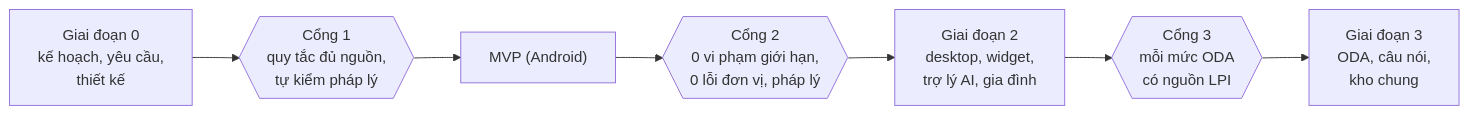
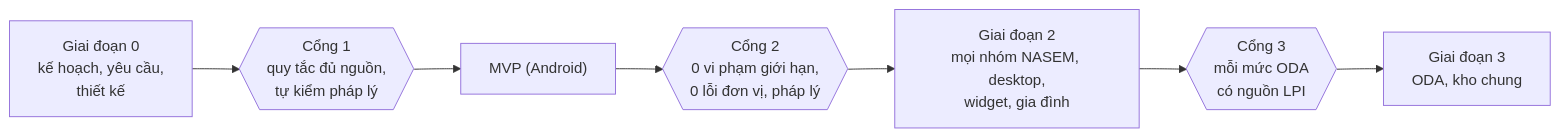
One commit to anhdt9/wholewell-app changed the first of 2 diagrams in docs/plan.md. Above: the diagram before and after it, drawn with Mermaid. The commit also changed other lines of this file and 6 other files, not shown here.

````diff
--- a/docs/plan.md
+++ b/docs/plan.md
@@ -45,9 +46,9 @@
 ```mermaid
 flowchart LR
   G0["Giai đoạn 0<br/>kế hoạch, yêu cầu,<br/>thiết kế"] --> C1{{"Cổng 1<br/>quy tắc đủ nguồn,<br/>tự kiểm pháp lý"}}
   C1 --> MVP["MVP (Android)"]
   MVP --> C2{{"Cổng 2<br/>0 vi phạm giới hạn,<br/>0 lỗi đơn vị, pháp lý"}}
-  C2 --> G2["Giai đoạn 2<br/>desktop, widget,<br/>trợ lý AI, gia đình"]
+  C2 --> G2["Giai đoạn 2<br/>mọi nhóm NASEM, desktop,<br/>widget, gia đình"]
   G2 --> C3{{"Cổng 3<br/>mỗi mức ODA<br/>có nguồn LPI"}}
-  C3 --> G3["Giai đoạn 3<br/>ODA, câu nói,<br/>kho chung"]
+  C3 --> G3["Giai đoạn 3<br/>ODA, kho chung"]
 ```
````
